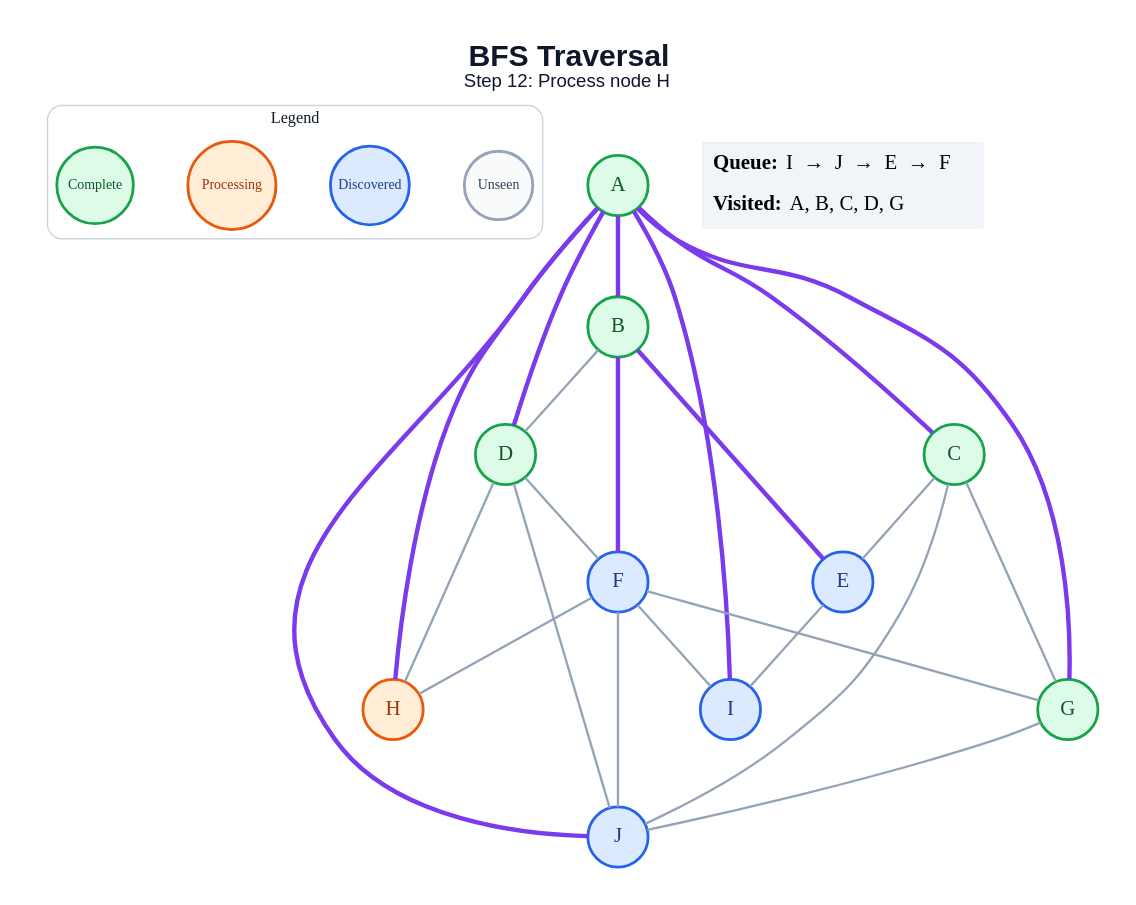
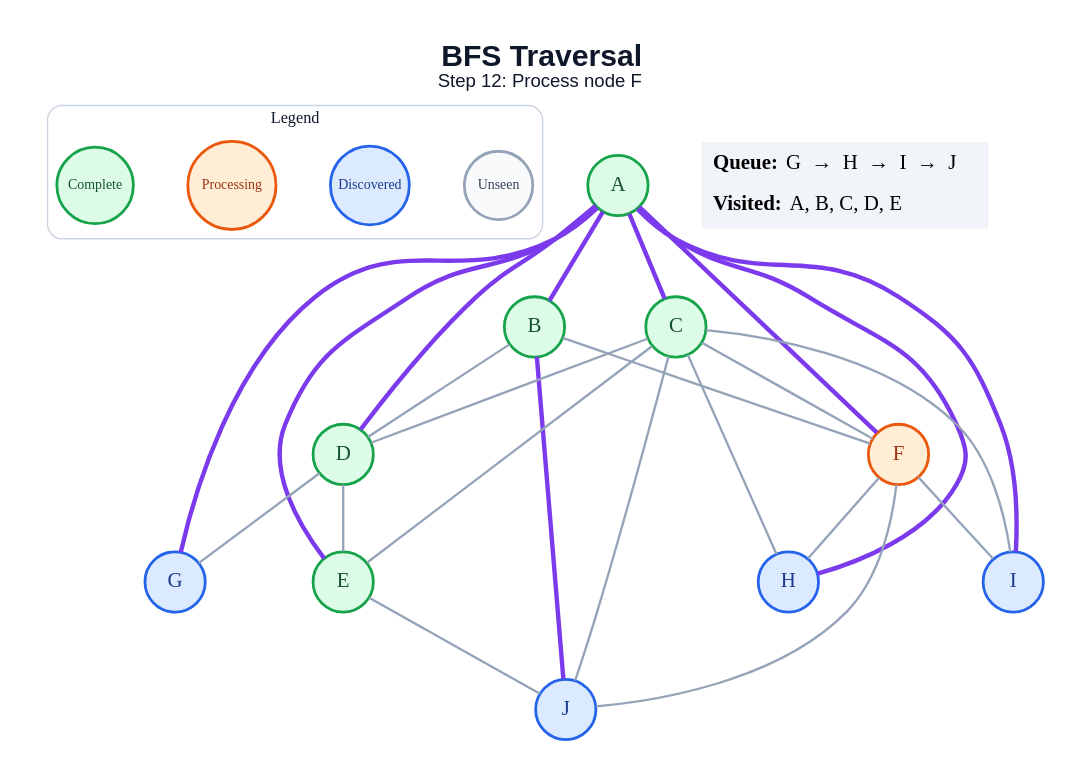
The diagram in generated/bfs/step_12.dot (amanghodawala9/ai-slop), drawn with Graphviz before and after one commit. The commit also changed 178 other files, not shown here.

```diff
--- a/generated/bfs/step_12.dot
+++ b/generated/bfs/step_12.dot
@@ -1,51 +1,52 @@
 graph traversal {
   graph [layout=dot, rankdir=TB, bgcolor="#FFFFFF", pad="0.35", nodesep="0.65", ranksep="0.8", fontname="Arial"];
   node [shape=circle, style="filled", fontname="Arial Bold", fontsize=18, width=0.72, fixedsize=true, penwidth=2.4];
   edge [color="#94A3B8", penwidth=2.0];
-  label=<<B>BFS Traversal</B><BR/><FONT POINT-SIZE="16">Step 12: Process node H</FONT>>; labelloc="t"; fontsize=26; fontname="Arial"; fontcolor="#0F172A";
+  label=<<B>BFS Traversal</B><BR/><FONT POINT-SIZE="16">Step 12: Process node F</FONT>>; labelloc="t"; fontsize=26; fontname="Arial"; fontcolor="#0F172A";
   subgraph cluster_legend { label="Legend"; color="#CBD5E1"; penwidth=1.2; style="rounded"; fontsize=14; fontname="Arial Bold";
     key_unseen [label="Unseen", fillcolor="#F8FAFC", color="#94A3B8", fontcolor="#334155", fontsize=12, width=0.82];
     key_frontier [label="Discovered", fillcolor="#DBEAFE", color="#2563EB", fontcolor="#1E3A8A", fontsize=12, width=0.95];
     key_current [label="Processing", fillcolor="#FFEDD5", color="#EA580C", fontcolor="#9A3412", fontsize=12, width=1.05];
     key_done [label="Complete", fillcolor="#DCFCE7", color="#16A34A", fontcolor="#14532D", fontsize=12, width=0.92];
     { rank=same; key_unseen; key_frontier; key_current; key_done; }
   }
   A [fillcolor="#DCFCE7", color="#16A34A", fontcolor="#14532D"];
   B [fillcolor="#DCFCE7", color="#16A34A", fontcolor="#14532D"];
   C [fillcolor="#DCFCE7", color="#16A34A", fontcolor="#14532D"];
   D [fillcolor="#DCFCE7", color="#16A34A", fontcolor="#14532D"];
-  E [fillcolor="#DBEAFE", color="#2563EB", fontcolor="#1E3A8A"];
-  F [fillcolor="#DBEAFE", color="#2563EB", fontcolor="#1E3A8A"];
-  G [fillcolor="#DCFCE7", color="#16A34A", fontcolor="#14532D"];
-  H [fillcolor="#FFEDD5", color="#EA580C", fontcolor="#9A3412"];
+  E [fillcolor="#DCFCE7", color="#16A34A", fontcolor="#14532D"];
+  F [fillcolor="#FFEDD5", color="#EA580C", fontcolor="#9A3412"];
+  G [fillcolor="#DBEAFE", color="#2563EB", fontcolor="#1E3A8A"];
+  H [fillcolor="#DBEAFE", color="#2563EB", fontcolor="#1E3A8A"];
   I [fillcolor="#DBEAFE", color="#2563EB", fontcolor="#1E3A8A"];
   J [fillcolor="#DBEAFE", color="#2563EB", fontcolor="#1E3A8A"];
   A -- B [color="#7C3AED", penwidth=3.8];
   A -- C [color="#7C3AED", penwidth=3.8];
   A -- D [color="#7C3AED", penwidth=3.8];
+  A -- E [color="#7C3AED", penwidth=3.8];
+  A -- F [color="#7C3AED", penwidth=3.8];
   A -- G [color="#7C3AED", penwidth=3.8];
   A -- H [color="#7C3AED", penwidth=3.8];
   A -- I [color="#7C3AED", penwidth=3.8];
-  A -- J [color="#7C3AED", penwidth=3.8];
   B -- D;
-  B -- E [color="#7C3AED", penwidth=3.8];
-  B -- F [color="#7C3AED", penwidth=3.8];
+  B -- F;
+  B -- J [color="#7C3AED", penwidth=3.8];
+  C -- D;
   C -- E;
-  C -- G;
+  C -- F;
+  C -- H;
+  C -- I;
   C -- J;
-  D -- F;
-  D -- H;
-  D -- J;
-  E -- I;
-  F -- G;
+  D -- E;
+  D -- G;
+  E -- J;
   F -- H;
   F -- I;
   F -- J;
-  G -- J;
   status [shape=plain, fixedsize=false, width=0, height=0, margin=0, label=<
     <TABLE BORDER="0" CELLBORDER="0" CELLPADDING="7" BGCOLOR="#F1F5F9">
-      <TR><TD ALIGN="LEFT"><B>Queue:</B> I  →  J  →  E  →  F</TD></TR>
-      <TR><TD ALIGN="LEFT"><B>Visited:</B> A, B, C, D, G</TD></TR>
+      <TR><TD ALIGN="LEFT"><B>Queue:</B> G  →  H  →  I  →  J</TD></TR>
+      <TR><TD ALIGN="LEFT"><B>Visited:</B> A, B, C, D, E</TD></TR>
     </TABLE>
   >];
 }
```
